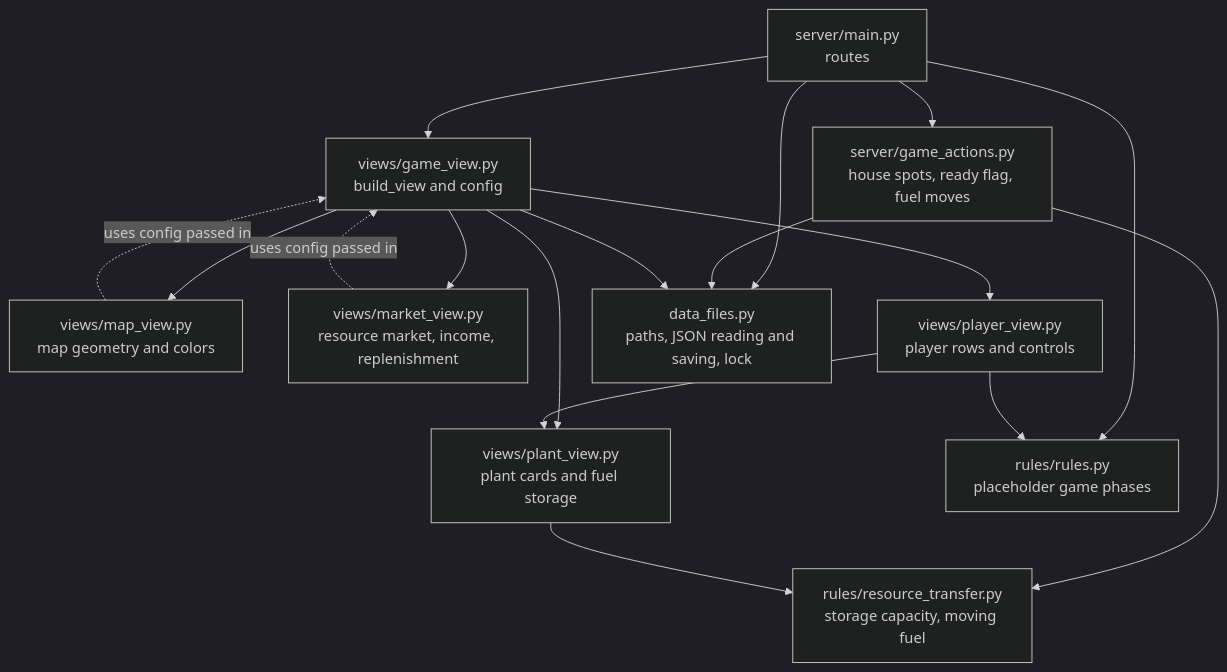
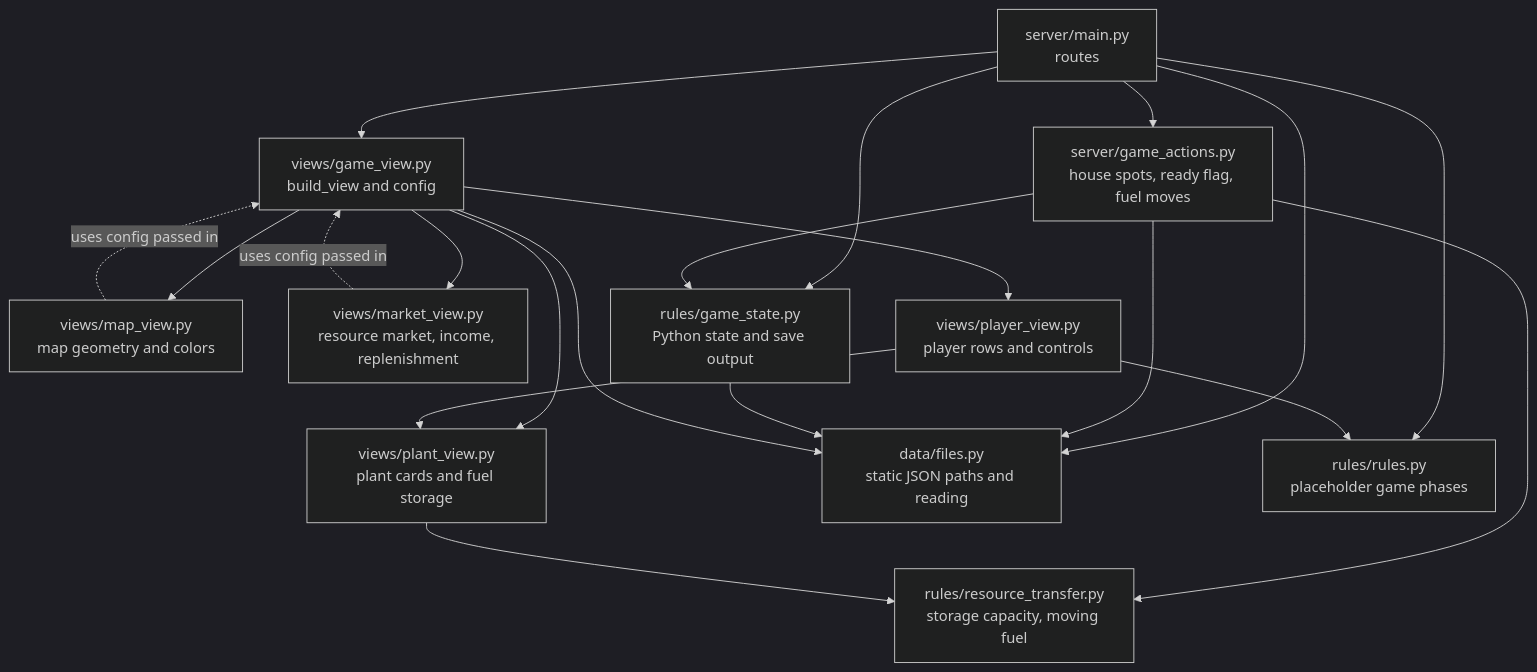
Before and after one commit to runnindrk/power-grid: the diagram in docs/diagrams/02-backend-modules.md, drawn with Mermaid (dark theme). The commit also changed 17 other files, not shown here.

````diff
--- a/docs/diagrams/02-backend-modules.md
+++ b/docs/diagrams/02-backend-modules.md
@@ -5,34 +5,38 @@
 ```mermaid
 flowchart TD
     main["server/main.py<br/>routes"]
     actions["server/game_actions.py<br/>house spots, ready flag, fuel moves"]
     gview["views/game_view.py<br/>build_view and config"]
     mview["views/map_view.py<br/>map geometry and colors"]
     mkt["views/market_view.py<br/>resource market, income, replenishment"]
     pview["views/player_view.py<br/>player rows and controls"]
     plview["views/plant_view.py<br/>plant cards and fuel storage"]
-    data["data_files.py<br/>paths, JSON reading and saving, lock"]
+    data["data/files.py<br/>static JSON paths and reading"]
+    state["rules/game_state.py<br/>Python state and save output"]
     rules["rules/rules.py<br/>placeholder game phases"]
     xfer["rules/resource_transfer.py<br/>storage capacity, moving fuel"]
 
     main --> actions
     main --> gview
     main --> rules
     main --> data
+    main --> state
 
     actions --> data
+    actions --> state
     actions --> xfer
 
+    state --> data
     gview --> data
     gview --> mview
     gview --> mkt
     gview --> pview
     gview --> plview
 
     pview --> plview
     pview --> rules
     plview --> xfer
 
     mview -. "uses config passed in" .-> gview
     mkt -. "uses config passed in" .-> gview
 ```
````
